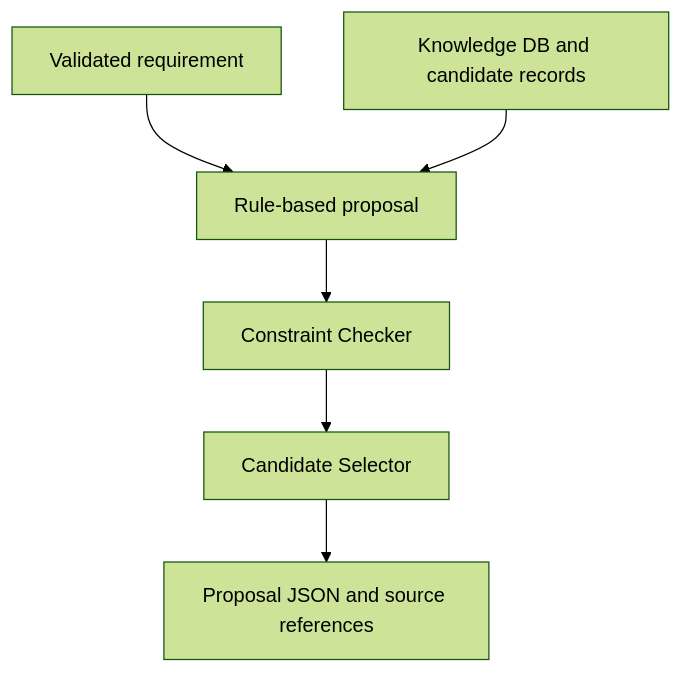
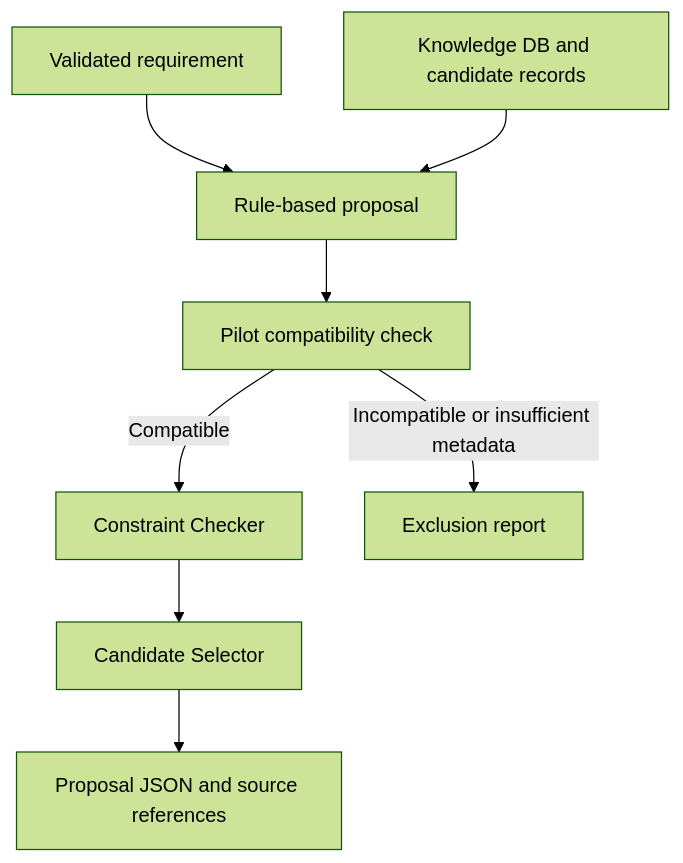
Before and after one commit to doquangminh03/EdgeNAS-Lite: the second of 2 diagrams in README.md, drawn with Mermaid (forest theme). The commit also changed other lines of this file and 8 other files, not shown here.

Commit message:
feat: gate knowledge proposals with pilot compatibility checks

````diff
--- a/README.md
+++ b/README.md
@@ -56,8 +56,10 @@
 ```mermaid
 flowchart TD
     A["Validated requirement"] --> C["Rule-based proposal"]
     B["Knowledge DB and candidate records"] --> C
-    C --> D["Constraint Checker"]
+    C --> X["Pilot compatibility check"]
+    X -->|Compatible| D["Constraint Checker"]
+    X -->|Incompatible or insufficient metadata| R["Exclusion report"]
     D --> E["Candidate Selector"]
     E --> F["Proposal JSON and source references"]
 ```
````
